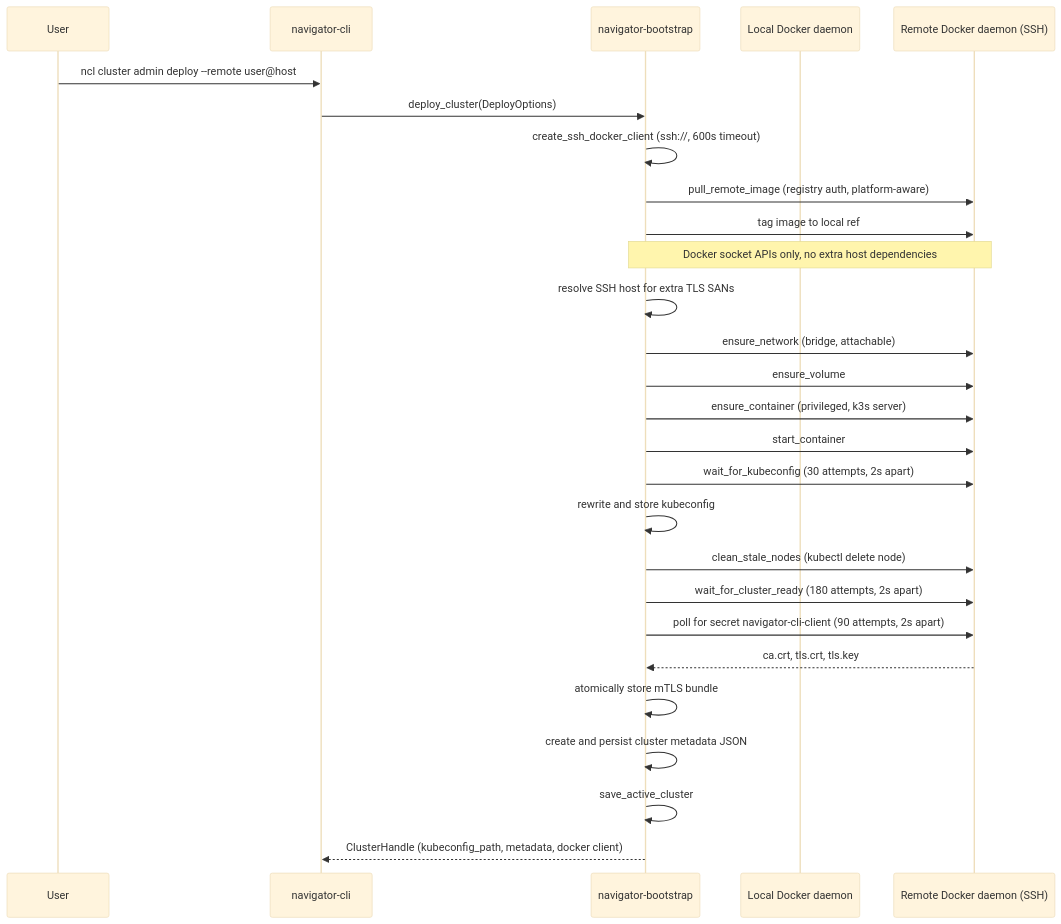
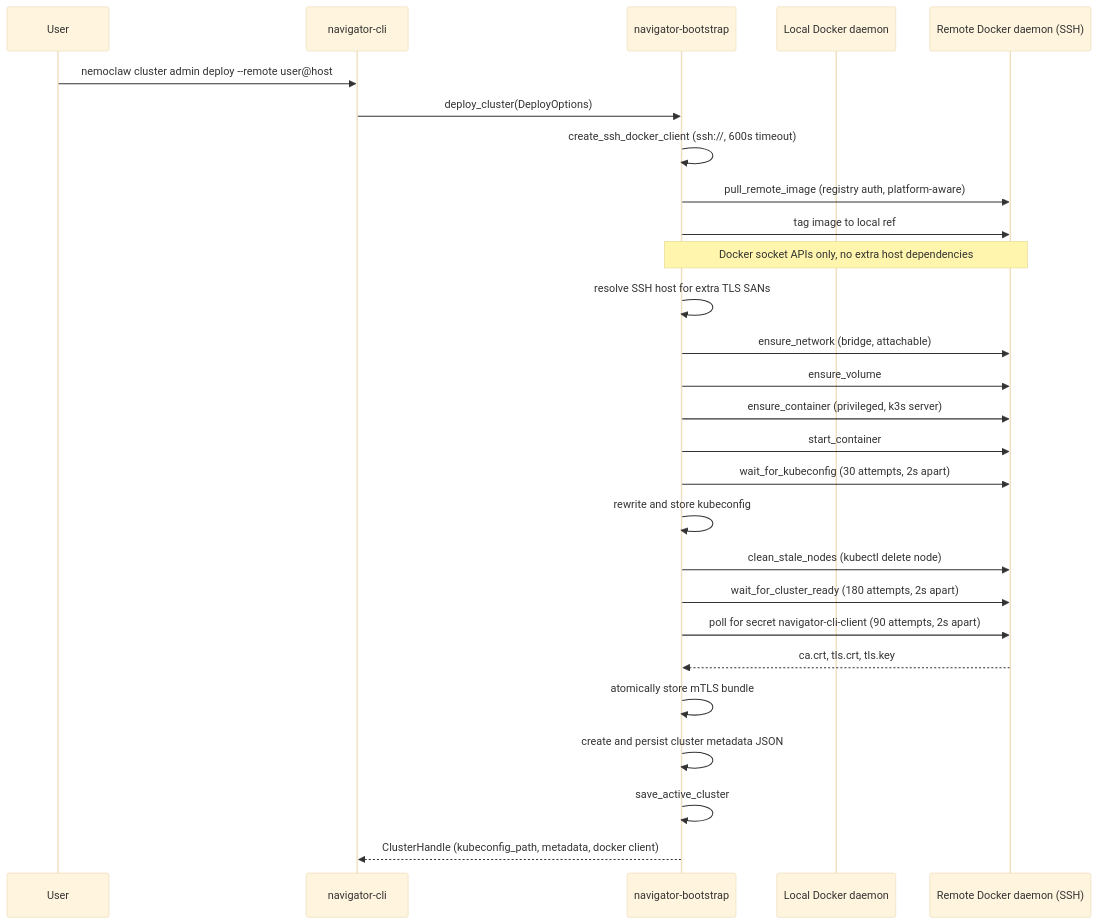
Before and after one commit to NVIDIA/OpenShell: the first of 3 diagrams in architecture/cluster-single-node.md, drawn with Mermaid (base theme). The commit also changed other lines of this file and 20 other files, not shown here.

First line of the commit message:
refactor: rename ncl shortcut script to nemoclaw

````diff
--- a/architecture/cluster-single-node.md
+++ b/architecture/cluster-single-node.md
@@ -71,33 +71,33 @@
 ```mermaid
 sequenceDiagram
   participant U as User
   participant C as navigator-cli
   participant B as navigator-bootstrap
   participant L as Local Docker daemon
   participant R as Remote Docker daemon (SSH)
 
-  U->>C: ncl cluster admin deploy --remote user@host
+  U->>C: nemoclaw cluster admin deploy --remote user@host
   C->>B: deploy_cluster(DeployOptions)
 
   B->>B: create_ssh_docker_client (ssh://, 600s timeout)
   B->>R: pull_remote_image (registry auth, platform-aware)
   B->>R: tag image to local ref
 
   Note over B,R: Docker socket APIs only, no extra host dependencies
 
   B->>B: resolve SSH host for extra TLS SANs
   B->>R: ensure_network (bridge, attachable)
   B->>R: ensure_volume
   B->>R: ensure_container (privileged, k3s server)
   B->>R: start_container
   B->>R: wait_for_kubeconfig (30 attempts, 2s apart)
   B->>B: rewrite and store kubeconfig
   B->>R: clean_stale_nodes (kubectl delete node)
   B->>R: wait_for_cluster_ready (180 attempts, 2s apart)
   B->>R: poll for secret navigator-cli-client (90 attempts, 2s apart)
   R-->>B: ca.crt, tls.crt, tls.key
   B->>B: atomically store mTLS bundle
   B->>B: create and persist cluster metadata JSON
   B->>B: save_active_cluster
   B-->>C: ClusterHandle (kubeconfig_path, metadata, docker client)
 ```
````
